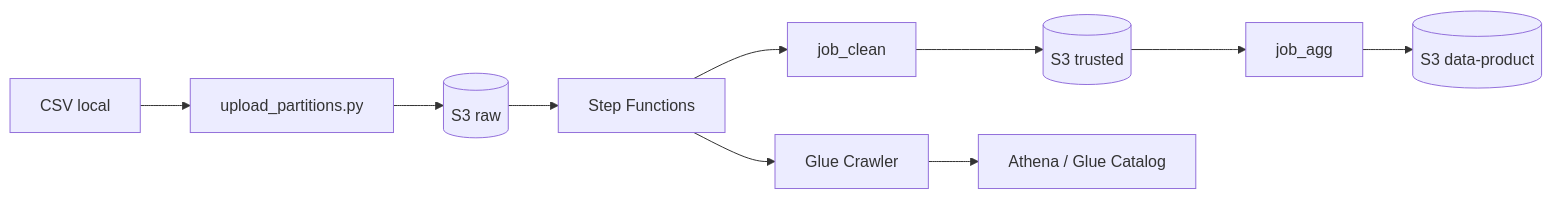
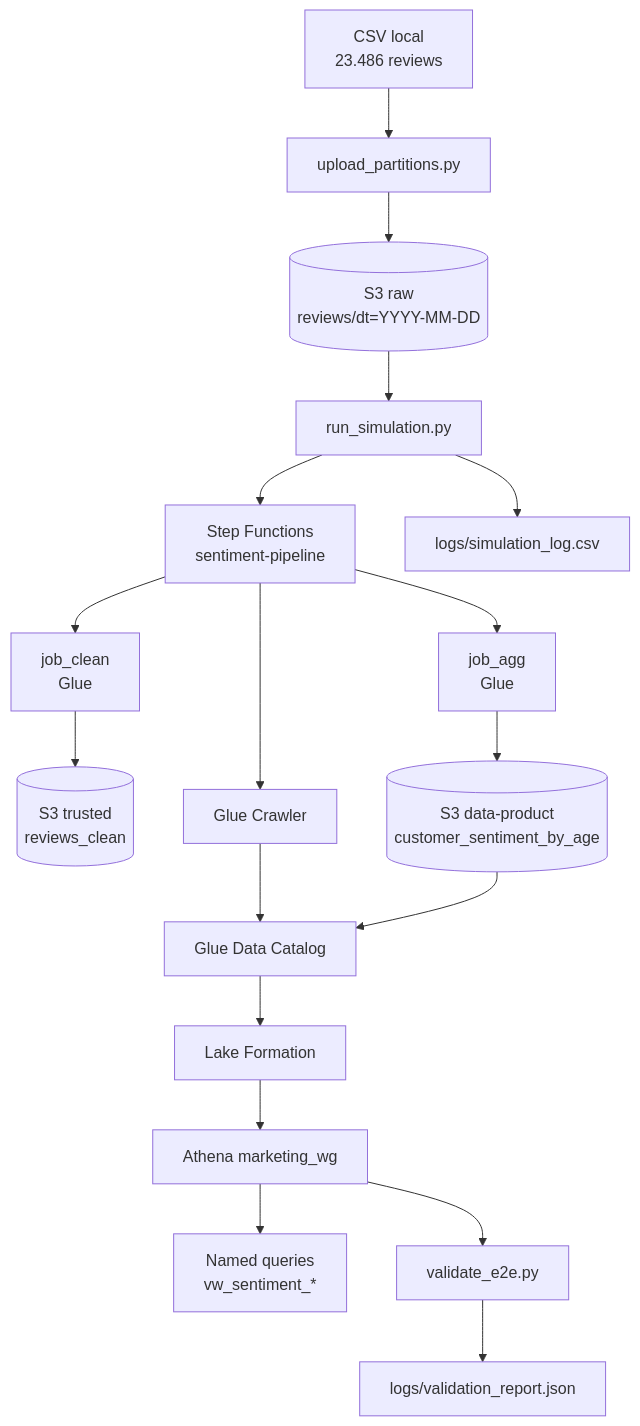
Before and after one commit to yasminsantos2/data-mesh-analise-sentimento: the diagram in README.md, drawn with Mermaid. The commit also changed other lines of this file and 2 other files, not shown here.

First line of the commit message:
feat(sprint-2): validacao E2E no Athena e README completo do projeto (S2-04)

````diff
--- a/README.md
+++ b/README.md
@@ -7,12 +7,20 @@
 ```mermaid
-flowchart LR
-    CSV[CSV local] --> UP[upload_partitions.py]
-    UP --> RAW[(S3 raw)]
-    RAW --> SFN[Step Functions]
-    SFN --> J1[job_clean]
-    J1 --> TRU[(S3 trusted)]
-    TRU --> J2[job_agg]
-    J2 --> PRD[(S3 data-product)]
-    SFN --> CRAWLER[Glue Crawler]
-    CRAWLER --> ATH[Athena / Glue Catalog]
+flowchart TD
+    CSV[CSV local<br/>23.486 reviews] --> UP[upload_partitions.py]
+    UP --> RAW[(S3 raw<br/>reviews/dt=YYYY-MM-DD)]
+    RAW --> SIM[run_simulation.py]
+    SIM --> SFN[Step Functions<br/>sentiment-pipeline]
+    SFN --> JC[job_clean<br/>Glue]
+    JC --> TRU[(S3 trusted<br/>reviews_clean)]
+    SFN --> JA[job_agg<br/>Glue]
+    JA --> PRD[(S3 data-product<br/>customer_sentiment_by_age)]
+    SFN --> CR[Glue Crawler]
+    CR --> GLUE[Glue Data Catalog]
+    PRD --> GLUE
+    GLUE --> LF[Lake Formation]
+    LF --> ATH[Athena marketing_wg]
+    ATH --> NQ[Named queries<br/>vw_sentiment_*]
+    SIM --> LOG1[logs/simulation_log.csv]
+    ATH --> E2E[validate_e2e.py]
+    E2E --> LOG2[logs/validation_report.json]
 ```
````
